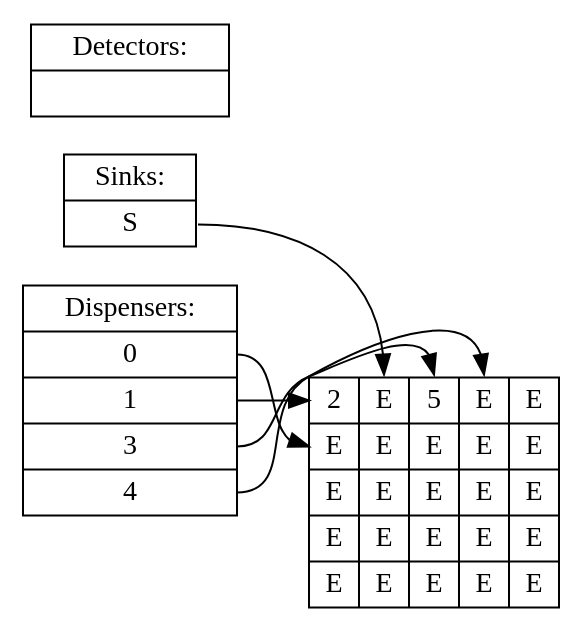
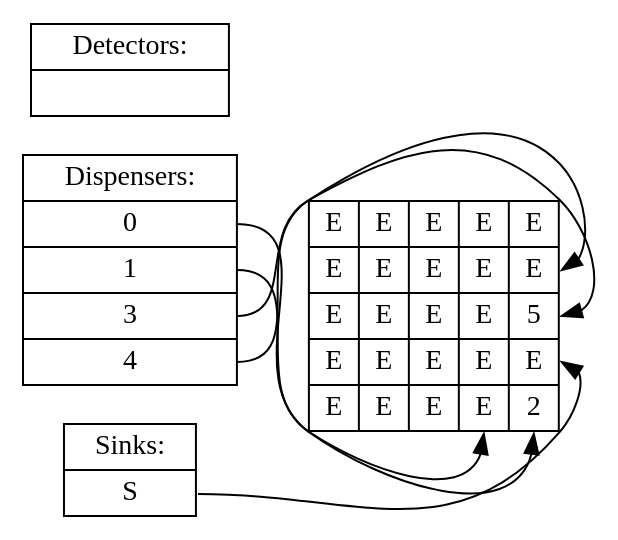
The diagram in solutions/Simple_Mix2/time5.dot (jiegec/OnePassSynthesisDMFB), drawn with Graphviz before and after one commit. The commit also changed 32 other files, not shown here.

```diff
--- a/solutions/Simple_Mix2/time5.dot
+++ b/solutions/Simple_Mix2/time5.dot
@@ -1,11 +1,11 @@
 digraph step {rankdir=LR;node [shape=record,fontname="Inconsolata"];
-dispenser [label="Dispensers:|<d18>0|<d19>1|<d2>3|<d3>4"];
-sink [label="Sinks:|<s1>S"];
+dispenser [label="Dispensers:|<d9>0|<d11>1|<d7>3|<d6>4"];
+sink [label="Sinks:|<s8>S"];
 detector [label="Detectors:|"];
-board [label="{<f00>2|<f01>E|<f02>5|<f03>E|<f04>E}|{<f10>E|<f11>E|<f12>E|<f13>E|<f14>E}|{<f20>E|<f21>E|<f22>E|<f23>E|<f24>E}|{<f30>E|<f31>E|<f32>E|<f33>E|<f34>E}|{<f40>E|<f41>E|<f42>E|<f43>E|<f44>E}"];
-dispenser:d18 -> board:f10
-dispenser:d19 -> board:f00
-dispenser:d2 -> board:f02
-dispenser:d3 -> board:f03
-sink:s1 -> board:f01
+board [label="{<f00>E|<f01>E|<f02>E|<f03>E|<f04>E}|{<f10>E|<f11>E|<f12>E|<f13>E|<f14>E}|{<f20>E|<f21>E|<f22>E|<f23>E|<f24>5}|{<f30>E|<f31>E|<f32>E|<f33>E|<f34>E}|{<f40>E|<f41>E|<f42>E|<f43>E|<f44>2}"];
+dispenser:d9 -> board:f44
+dispenser:d11 -> board:f43
+dispenser:d7 -> board:f24
+dispenser:d6 -> board:f14
+sink:s8 -> board:f34
 }
```
